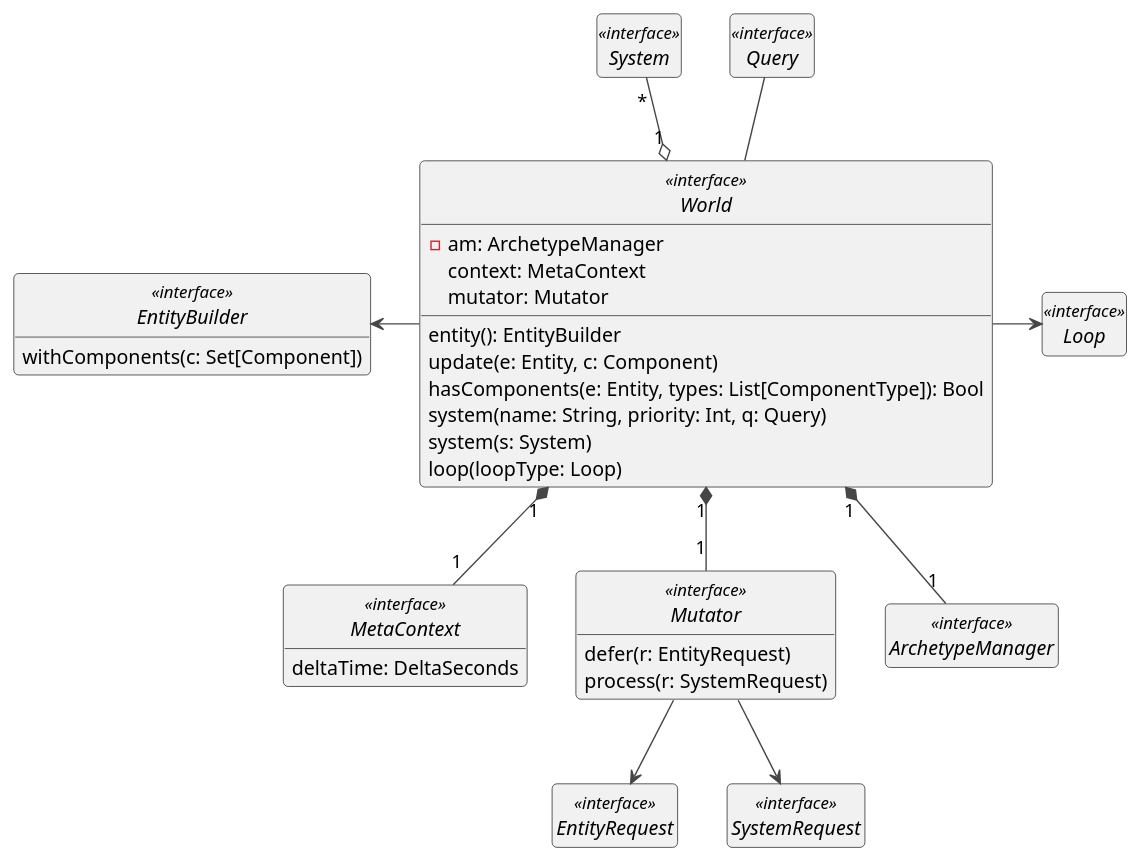
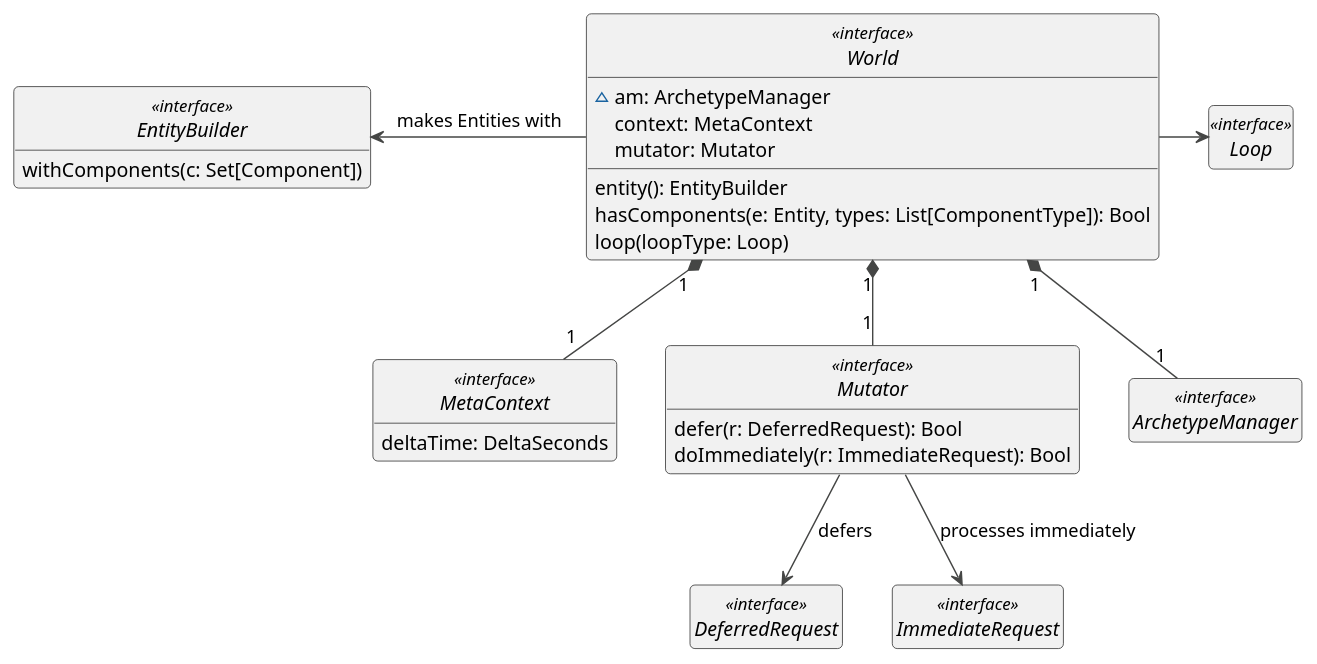
The diagram in docs/diagrams/src/3_world.wsd (Remisse/ecscalibur), drawn with PlantUML before and after one commit. The commit also changed 88 other files, not shown here.

```diff
--- a/docs/diagrams/src/3_world.wsd
+++ b/docs/diagrams/src/3_world.wsd
@@ -1,54 +1,45 @@
 @startuml
 
 !theme vibrant
 
 interface World <<interface>> {
-  -am: ArchetypeManager
+  ~am: ArchetypeManager
   context: MetaContext
   mutator: Mutator
   entity(): EntityBuilder 
-  update(e: Entity, c: Component)
   hasComponents(e: Entity, types: List[ComponentType]): Bool
-  system(name: String, priority: Int, q: Query)
-  system(s: System)
   loop(loopType: Loop)
 }
 
 interface Loop <<interface>>
 
 interface MetaContext <<interface>> {
   deltaTime: DeltaSeconds
 }
 
 interface Mutator <<interface>> {
-  defer(r: EntityRequest)
-  process(r: SystemRequest)
+  defer(r: DeferredRequest): Bool
+  doImmediately(r: ImmediateRequest): Bool
 }
 
-interface EntityRequest <<interface>>
-interface SystemRequest <<interface>>
+interface DeferredRequest <<interface>>
+interface ImmediateRequest <<interface>>
 
 interface ArchetypeManager <<interface>>
-
-interface System <<interface>>
 
 interface EntityBuilder <<interface>> {
   withComponents(c: Set[Component])
 }
 
-interface Query <<interface>>
-
 World "1" *-- "1" MetaContext
 World "1" *-- "1" Mutator
 World "1" *-- "1" ArchetypeManager
 World -> Loop
-EntityBuilder <- World
-Mutator --> EntityRequest
-Mutator --> SystemRequest 
-System "*" --o "1" World
-Query -- World
+EntityBuilder <- World : makes Entities with
+Mutator --> DeferredRequest : defers
+Mutator --> ImmediateRequest : processes immediately
 
 hide interface circle
 hide empty members
 
 @enduml
```
